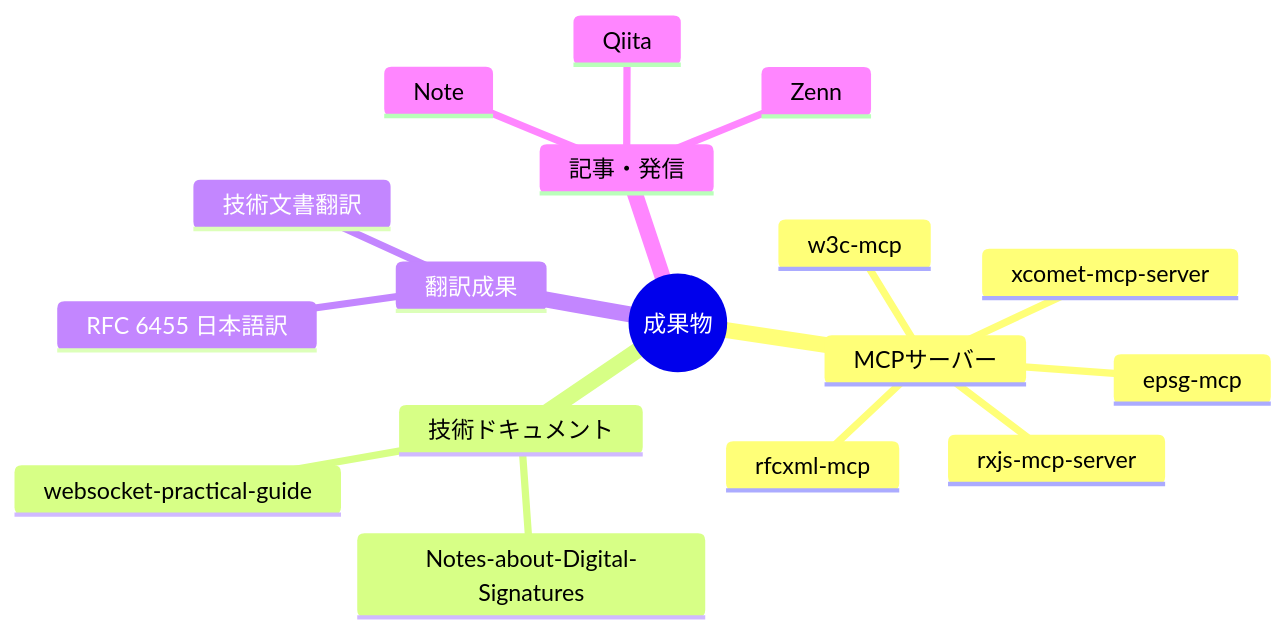
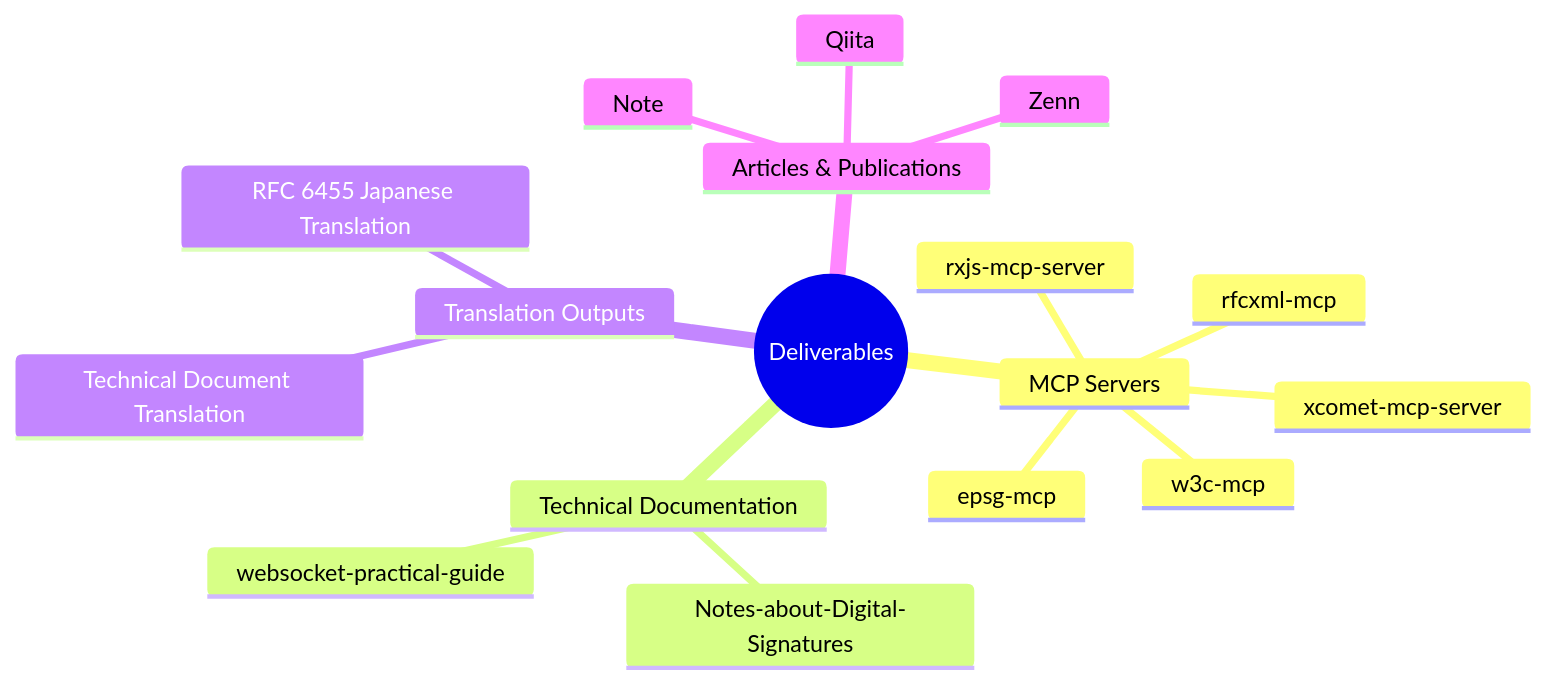
One commit to shuji-bonji/ai-agent-architecture changed the first of 3 diagrams in docs/outputs.md. Above: the diagram before and after it, drawn with Mermaid. The commit also changed other lines of this file and 42 other files, not shown here.

````diff
--- a/docs/outputs.md
+++ b/docs/outputs.md
@@ -13,20 +15,20 @@
 ```mermaid
 mindmap
-  root((成果物))
-    MCPサーバー
+  root((Deliverables))
+    MCP Servers
       rfcxml-mcp
       w3c-mcp
       xcomet-mcp-server
       rxjs-mcp-server
       epsg-mcp
-    技術ドキュメント
+    Technical Documentation
       Notes-about-Digital-Signatures
       websocket-practical-guide
-    翻訳成果
-      RFC 6455 日本語訳
-      技術文書翻訳
-    記事・発信
+    Translation Outputs
+      RFC 6455 Japanese Translation
+      Technical Document Translation
+    Articles & Publications
       Note
       Qiita
       Zenn
 ```
````
